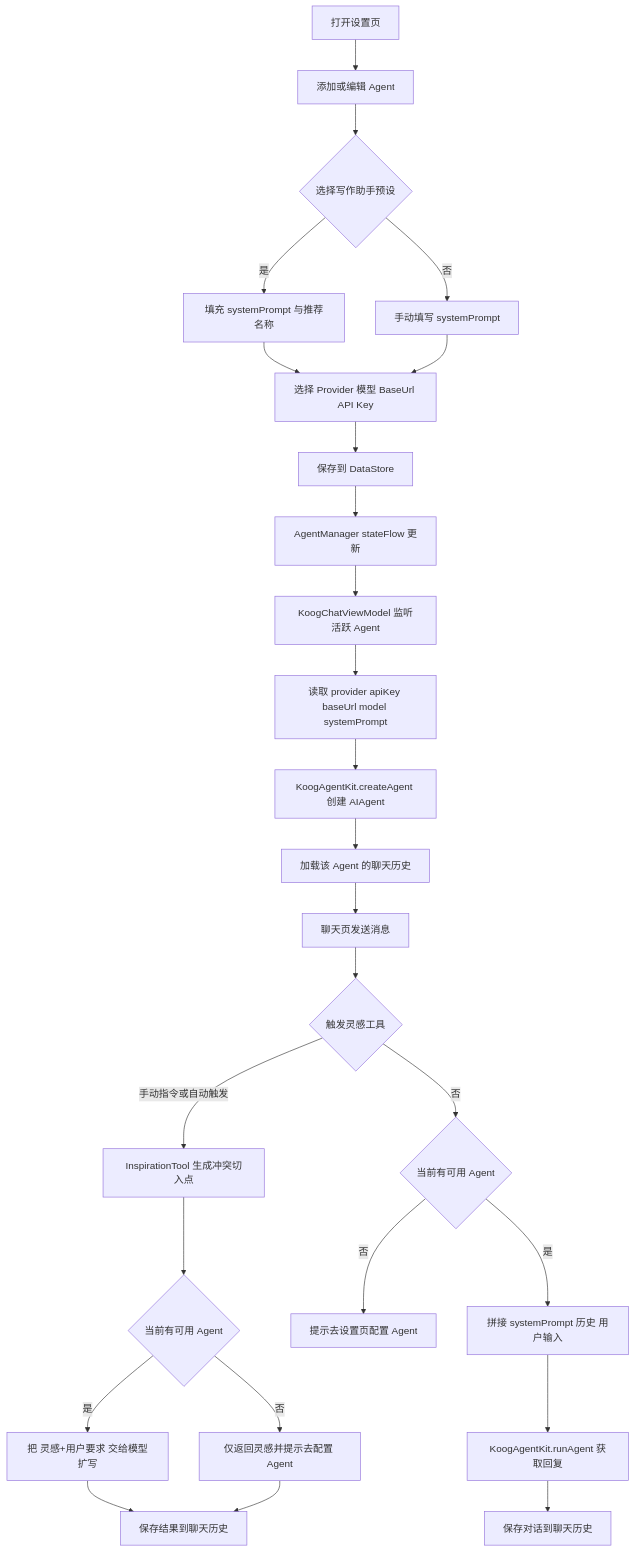
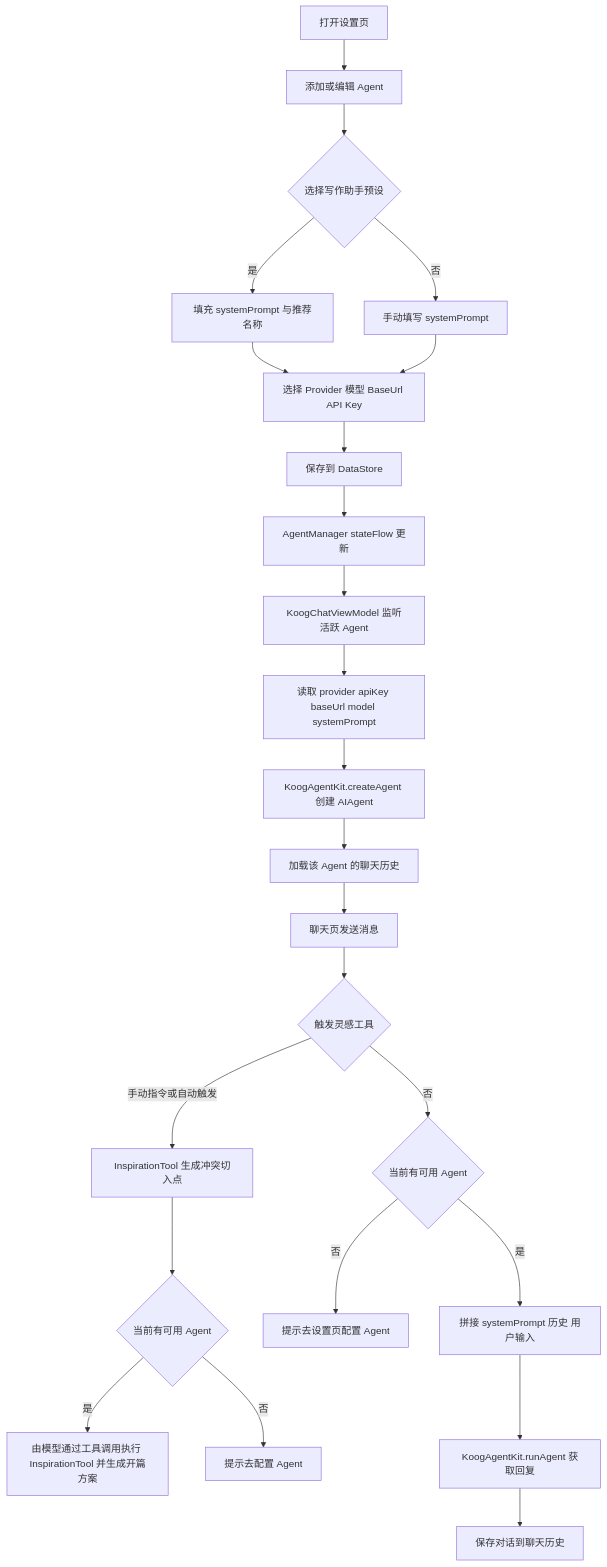
The diagram in doc/koog/SKILL.md (SheTieJun/BaseKit), drawn with Mermaid before and after one commit. The commit also changed other lines of this file and 13 other files, not shown here.

````diff
--- a/doc/koog/SKILL.md
+++ b/doc/koog/SKILL.md
@@ -70,30 +78,28 @@
 ```mermaid
 graph TD
   A[打开设置页] --> B[添加或编辑 Agent]
   B --> C{选择写作助手预设}
   C -->|是| D[填充 systemPrompt 与推荐名称]
   C -->|否| E[手动填写 systemPrompt]
   D --> F[选择 Provider 模型 BaseUrl API Key]
   E --> F
   F --> G[保存到 DataStore]
   G --> H[AgentManager stateFlow 更新]
   H --> I[KoogChatViewModel 监听活跃 Agent]
   I --> J[读取 provider apiKey baseUrl model systemPrompt]
   J --> K[KoogAgentKit.createAgent 创建 AIAgent]
   K --> L[加载该 Agent 的聊天历史]
   L --> M[聊天页发送消息]
 
   M --> N{触发灵感工具}
   N -->|手动指令或自动触发| O[InspirationTool 生成冲突切入点]
   O --> P{当前有可用 Agent}
-  P -->|是| Q[把 灵感+用户要求 交给模型扩写]
-  P -->|否| R[仅返回灵感并提示去配置 Agent]
-  Q --> S[保存结果到聊天历史]
-  R --> S
+  P -->|是| Q[由模型通过工具调用执行 InspirationTool 并生成开篇方案]
+  P -->|否| R[提示去配置 Agent]
 
   N -->|否| T{当前有可用 Agent}
   T -->|否| U[提示去设置页配置 Agent]
   T -->|是| V[拼接 systemPrompt 历史 用户输入]
   V --> W[KoogAgentKit.runAgent 获取回复]
   W --> X[保存对话到聊天历史]
 ```
````
